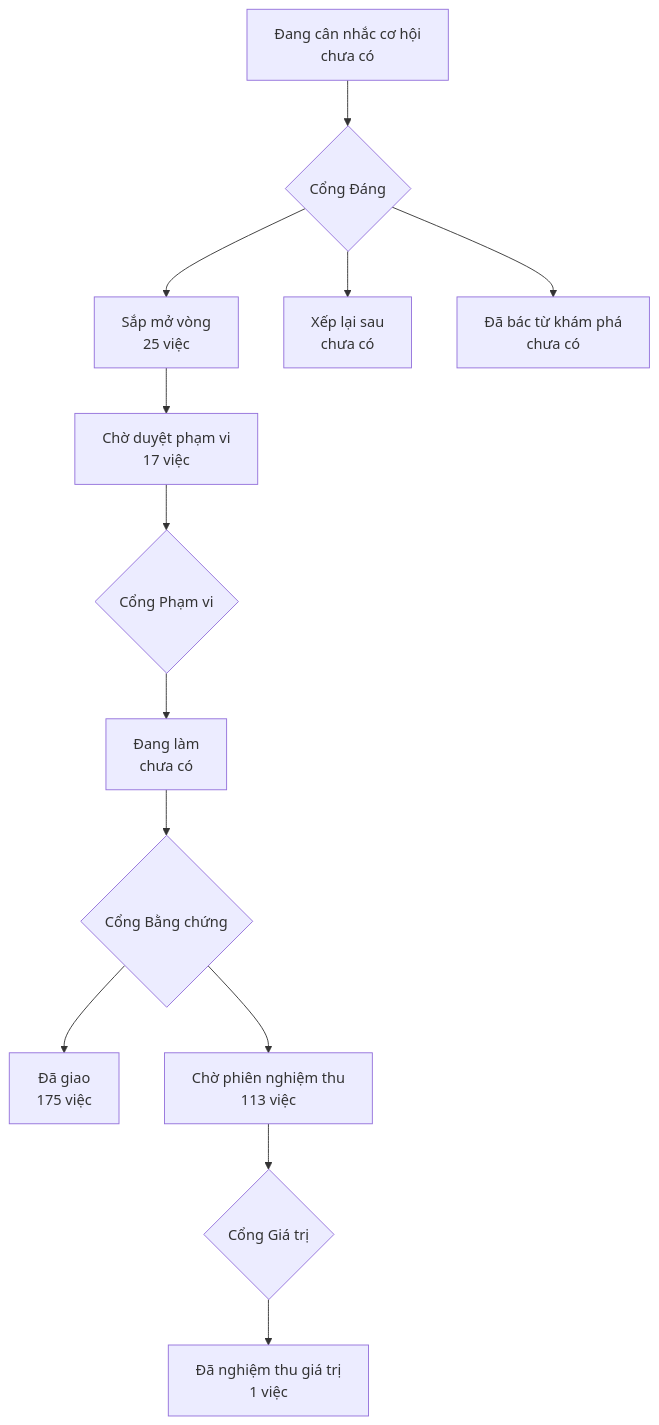
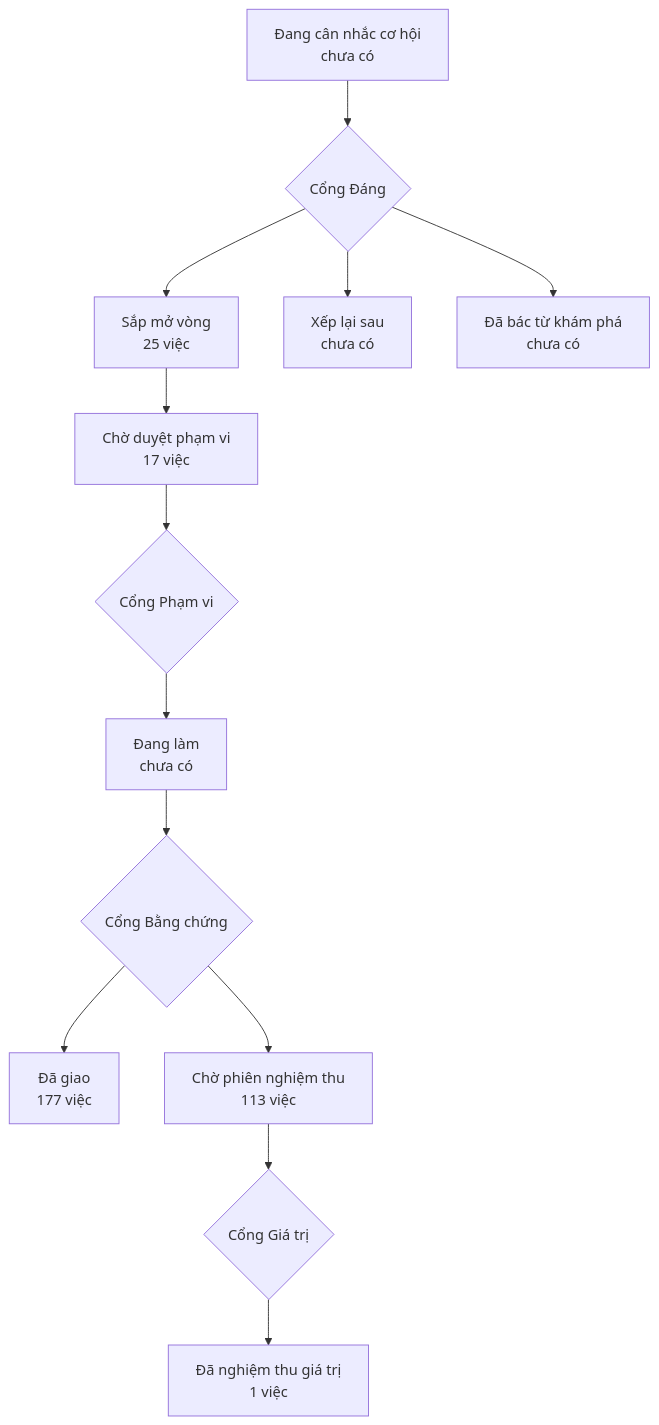
Before and after one commit to phanlemanh/onehub-invest: the diagram in PRODUCT-MAP.md, drawn with Mermaid. The commit also changed other lines of this file and 1 other file, not shown here.

Commit message:
chore(map): sinh lại bản đồ sau khi gộp main a24b0612

````diff
--- a/PRODUCT-MAP.md
+++ b/PRODUCT-MAP.md
@@ -7,12 +7,12 @@
 ```mermaid
 flowchart TD
   A["Đang cân nhắc cơ hội<br/>chưa có"] --> GD{"Cổng Đáng"}
   GD --> B["Sắp mở vòng<br/>25 việc"]
   GD --> XL["Xếp lại sau<br/>chưa có"]
   GD --> DB["Đã bác từ khám phá<br/>chưa có"]
   B --> CD["Chờ duyệt phạm vi<br/>17 việc"] --> GP{"Cổng Phạm vi"}
   GP --> DL["Đang làm<br/>chưa có"] --> GB{"Cổng Bằng chứng"}
-  GB --> DG["Đã giao<br/>175 việc"]
+  GB --> DG["Đã giao<br/>177 việc"]
   GB --> CN["Chờ phiên nghiệm thu<br/>113 việc"] --> GG{"Cổng Giá trị"}
   GG --> NT["Đã nghiệm thu giá trị<br/>1 việc"]
 ```
````
